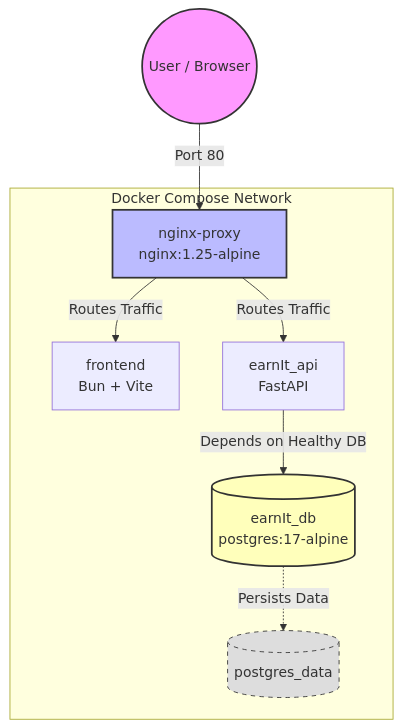
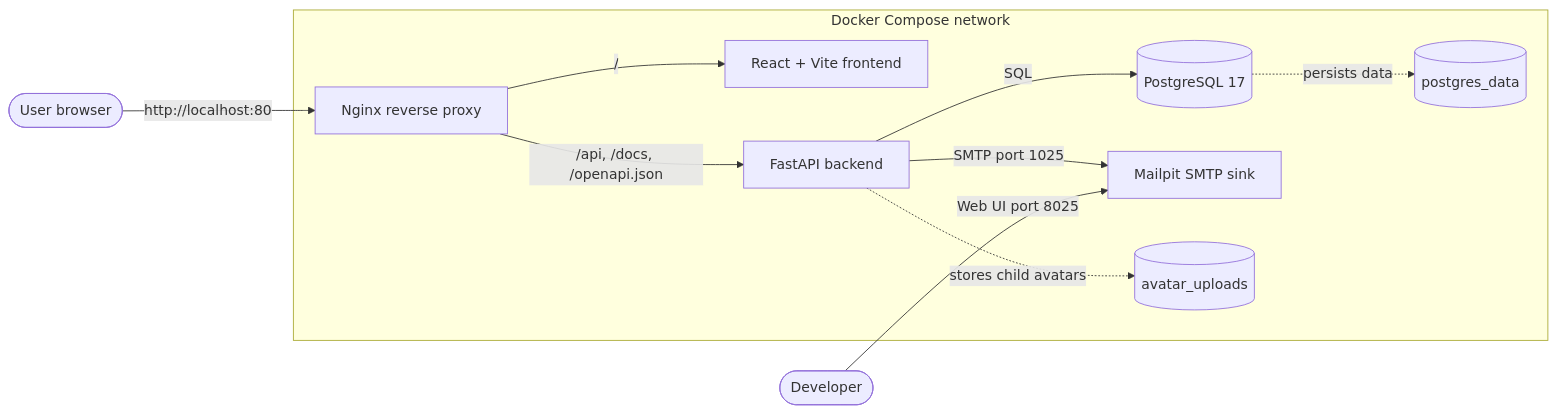
Before and after one commit to Pedrocrlx/EarnIt: the first of 4 diagrams in README.md, drawn with Mermaid. The commit also changed other lines of this file, not shown here.

Commit message:
docs: update README.md Architecture section and Diagrams

````diff
--- a/README.md
+++ b/README.md
@@ -28,38 +24,24 @@
 ```mermaid
-graph TD
-    %% External Client / User
-    User((User / Browser)) -->|Port 80| Proxy
+flowchart LR
+    Browser([User browser])
+    Developer([Developer])
 
-    %% Services Block
-    subgraph Docker_Compose [Docker Compose Network]
-        
-        %% Proxy Service
-        Proxy[nginx-proxy <br> nginx:1.25-alpine]
-        
-        %% Frontend Service
-        Frontend[frontend <br> Bun + Vite]
-        
-        %% API Service
-        API[earnIt_api <br> FastAPI]
-        
-        %% Database Service
-        DB[(earnIt_db <br> postgres:17-alpine)]
-        
-        %% Named Volumes
-        PostgresVolume[(postgres_data)]
+    subgraph Stack[Docker Compose network]
+        Proxy[Nginx reverse proxy]
+        Frontend[React + Vite frontend]
+        API[FastAPI backend]
+        DB[(PostgreSQL 17)]
+        Mailpit[Mailpit SMTP sink]
+        DBVolume[(postgres_data)]
+        AvatarVolume[(avatar_uploads)]
     end
 
-    %% Internal routing from Proxy
-    Proxy -->|Routes Traffic| Frontend
-    Proxy -->|Routes Traffic| API
-
-    %% Internal service dependencies
-    API -->|Depends on Healthy DB| DB
-    DB -.->|Persists Data| PostgresVolume
-
-    %% Styling
-    style User fill:#f9f,stroke:#333,stroke-width:2px
-    style Proxy fill:#bbf,stroke:#333,stroke-width:2px
-    style DB fill:#ffb,stroke:#333,stroke-width:2px
-    style PostgresVolume fill:#ddd,stroke:#333,stroke-width:1px,stroke-dasharray: 5 5
+    Browser -->|http://localhost:80| Proxy
+    Proxy -->|/| Frontend
+    Proxy -->|/api, /docs, /openapi.json| API
+    API -->|SQL| DB
+    API -->|SMTP port 1025| Mailpit
+    Developer -->|Web UI port 8025| Mailpit
+    DB -.->|persists data| DBVolume
+    API -.->|stores child avatars| AvatarVolume
 ```
````
